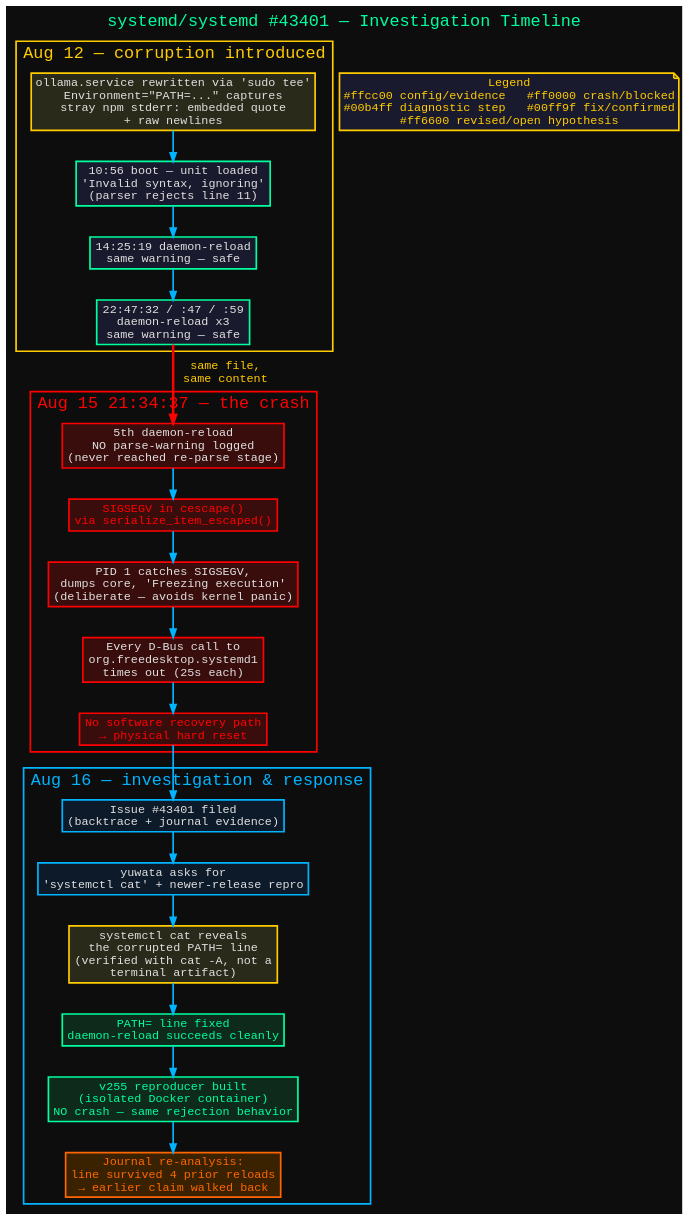
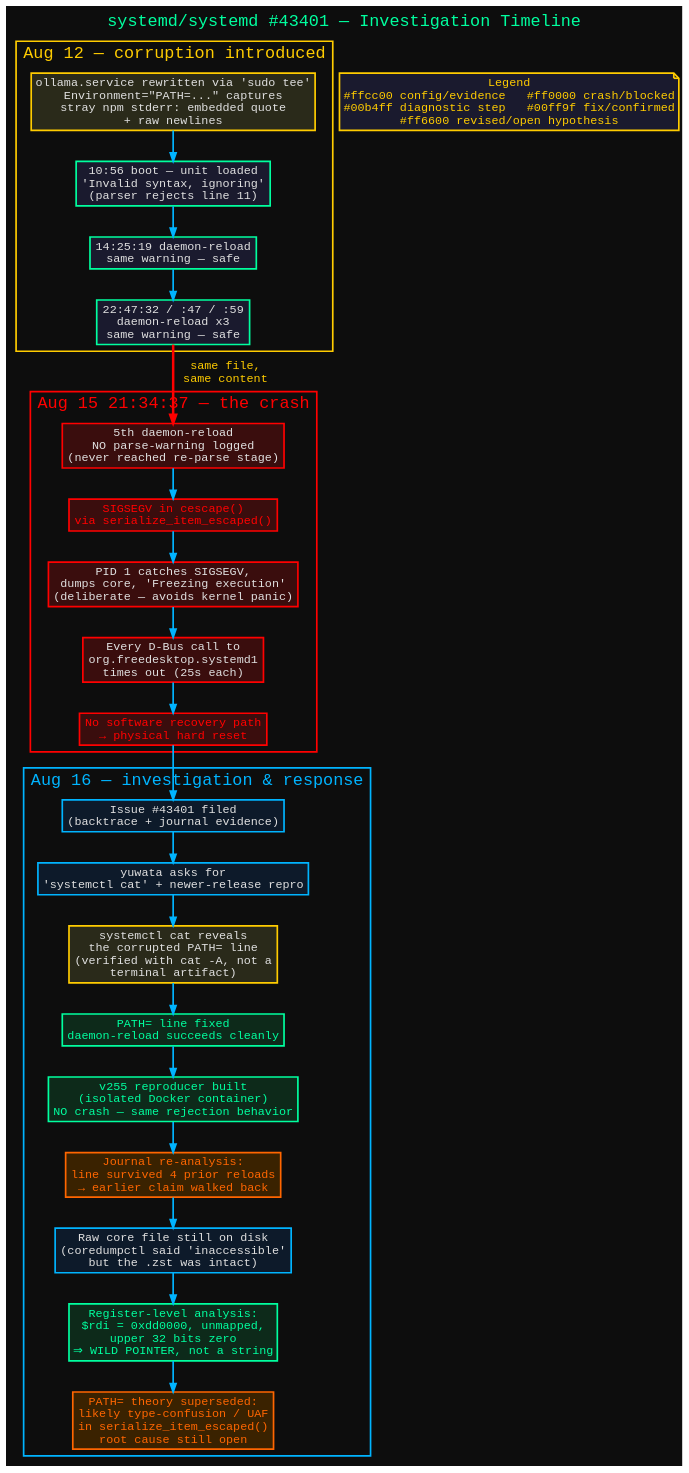
Before and after one commit to danindiana/systemd-daemon-reload-segfault-43401: the diagram in diagrams/01_investigation_timeline.dot, drawn with Graphviz. The commit also changed 9 other files, not shown here.

Commit message:
Add wild-pointer coredump analysis: new diagram 6, updated diagrams 1+5, README refresh

```diff
--- a/diagrams/01_investigation_timeline.dot
+++ b/diagrams/01_investigation_timeline.dot
@@ -1,50 +1,53 @@
 digraph InvestigationTimeline {
     rankdir=TB;
     bgcolor="#0d0d0d";
     fontname="Courier";
     label="systemd/systemd #43401 — Investigation Timeline";
     labelloc=t;
     fontsize=20;
     fontcolor="#00ff9f";
 
     node [shape=box, style=filled, fillcolor="#1a1a2e", color="#00ff9f", fontname="Courier", fontcolor="#e0e0e0", penwidth=2];
     edge [penwidth=2, fontname="Courier", fontcolor="#ffcc00", color="#00b4ff"];
 
     subgraph cluster_aug12 {
         label="Aug 12 — corruption introduced";
         color="#ffcc00"; fontcolor="#ffcc00"; fontname="Courier"; style=bold;
         corrupt [label="ollama.service rewritten via 'sudo tee'\nEnvironment=\"PATH=...\" captures\nstray npm stderr: embedded quote\n+ raw newlines", fillcolor="#2a2a1a", color="#ffcc00"];
         r1 [label="10:56 boot — unit loaded\n'Invalid syntax, ignoring'\n(parser rejects line 11)", fillcolor="#1a1a2e"];
         r2 [label="14:25:19 daemon-reload\nsame warning — safe", fillcolor="#1a1a2e"];
         r3 [label="22:47:32 / :47 / :59\ndaemon-reload x3\nsame warning — safe", fillcolor="#1a1a2e"];
         corrupt -> r1 -> r2 -> r3;
     }
 
     subgraph cluster_crash {
         label="Aug 15 21:34:37 — the crash";
         color="#ff0000"; fontcolor="#ff0000"; fontname="Courier"; style=bold;
         reload5 [label="5th daemon-reload\nNO parse-warning logged\n(never reached re-parse stage)", fillcolor="#3a0d0d", color="#ff0000"];
         segv [label="SIGSEGV in cescape()\nvia serialize_item_escaped()", fillcolor="#3a0d0d", color="#ff0000", fontcolor="#ff0000", style="filled,bold"];
         freeze [label="PID 1 catches SIGSEGV,\ndumps core, 'Freezing execution'\n(deliberate — avoids kernel panic)", fillcolor="#3a0d0d", color="#ff0000"];
         dbus [label="Every D-Bus call to\norg.freedesktop.systemd1\ntimes out (25s each)", fillcolor="#3a0d0d", color="#ff0000"];
         reset [label="No software recovery path\n→ physical hard reset", fillcolor="#3a0d0d", color="#ff0000", fontcolor="#ff0000"];
         reload5 -> segv -> freeze -> dbus -> reset;
     }
     r3 -> reload5 [color="#ff0000", penwidth=3, label="  same file,\n  same content"];
 
     subgraph cluster_aug16 {
         label="Aug 16 — investigation \& response";
         color="#00b4ff"; fontcolor="#00b4ff"; fontname="Courier"; style=bold;
         filed [label="Issue #43401 filed\n(backtrace + journal evidence)", fillcolor="#0d1a2a", color="#00b4ff"];
         ask [label="yuwata asks for\n'systemctl cat' + newer-release repro", fillcolor="#0d1a2a", color="#00b4ff"];
         found [label="systemctl cat reveals\nthe corrupted PATH= line\n(verified with cat -A, not a\nterminal artifact)", fillcolor="#2a2a1a", color="#ffcc00"];
         fix [label="PATH= line fixed\ndaemon-reload succeeds cleanly", fillcolor="#0d2a1a", color="#00ff9f", fontcolor="#00ff9f"];
         repro [label="v255 reproducer built\n(isolated Docker container)\nNO crash — same rejection behavior", fillcolor="#0d2a1a", color="#00ff9f", fontcolor="#00ff9f"];
         correction [label="Journal re-analysis:\nline survived 4 prior reloads\n→ earlier claim walked back", fillcolor="#3a2200", color="#ff6600", fontcolor="#ff6600"];
-        filed -> ask -> found -> fix -> repro -> correction;
+        coredump [label="Raw core file still on disk\n(coredumpctl said 'inaccessible'\nbut the .zst was intact)", fillcolor="#0d1a2a", color="#00b4ff"];
+        wildptr [label="Register-level analysis:\n$rdi = 0xdd0000, unmapped,\nupper 32 bits zero\n⇒ WILD POINTER, not a string", fillcolor="#0d2a1a", color="#00ff9f", fontcolor="#00ff9f", style="filled,bold"];
+        supersede [label="PATH= theory superseded:\nlikely type-confusion / UAF\nin serialize_item_escaped()\nroot cause still open", fillcolor="#3a2200", color="#ff6600", fontcolor="#ff6600"];
+        filed -> ask -> found -> fix -> repro -> correction -> coredump -> wildptr -> supersede;
     }
     reset -> filed [color="#00b4ff"];
 
     legend [shape=note, fillcolor="#1a1a2e", color="#ffcc00", fontcolor="#ffcc00",
         label="Legend\n#ffcc00 config/evidence   #ff0000 crash/blocked\n#00b4ff diagnostic step   #00ff9f fix/confirmed\n#ff6600 revised/open hypothesis"];
 }
```
